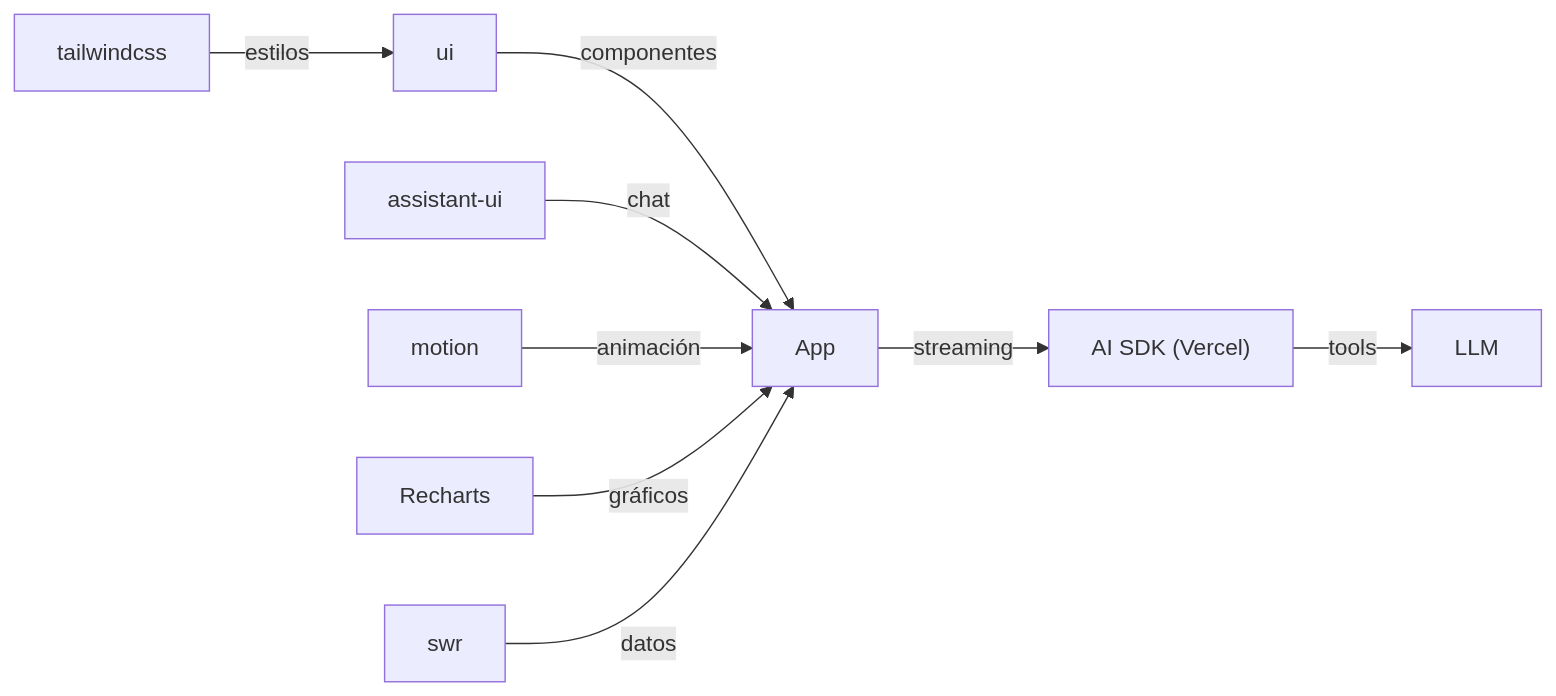
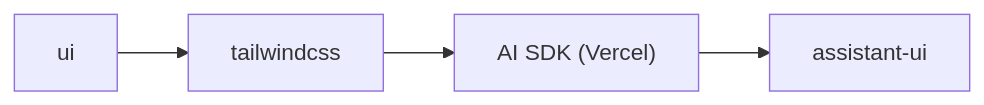
The diagram in human/playbooks/web-app-moderna-con-ia.md (Cristrva1/BL_Alexandria), drawn with Mermaid before and after one commit. The commit also changed other lines of this file and 46 other files, not shown here.

````diff
--- a/human/playbooks/web-app-moderna-con-ia.md
+++ b/human/playbooks/web-app-moderna-con-ia.md
@@ -9,11 +23,6 @@
 ```mermaid
 flowchart LR
-  tailwindcss["tailwindcss"] -->|estilos| ui["ui"]
-  ui["ui"] -->|componentes| App["App"]
-  assistant_ui["assistant-ui"] -->|chat| App["App"]
-  App["App"] -->|streaming| vercel_ai["AI SDK (Vercel)"]
-  vercel_ai["AI SDK (Vercel)"] -->|tools| LLM["LLM"]
-  motion["motion"] -->|animación| App["App"]
-  recharts["Recharts"] -->|gráficos| App["App"]
-  swr["swr"] -->|datos| App["App"]
+  ui["ui"] --> tailwindcss["tailwindcss"]
+  tailwindcss["tailwindcss"] --> vercel_ai["AI SDK (Vercel)"]
+  vercel_ai["AI SDK (Vercel)"] --> assistant_ui["assistant-ui"]
 ```
````
